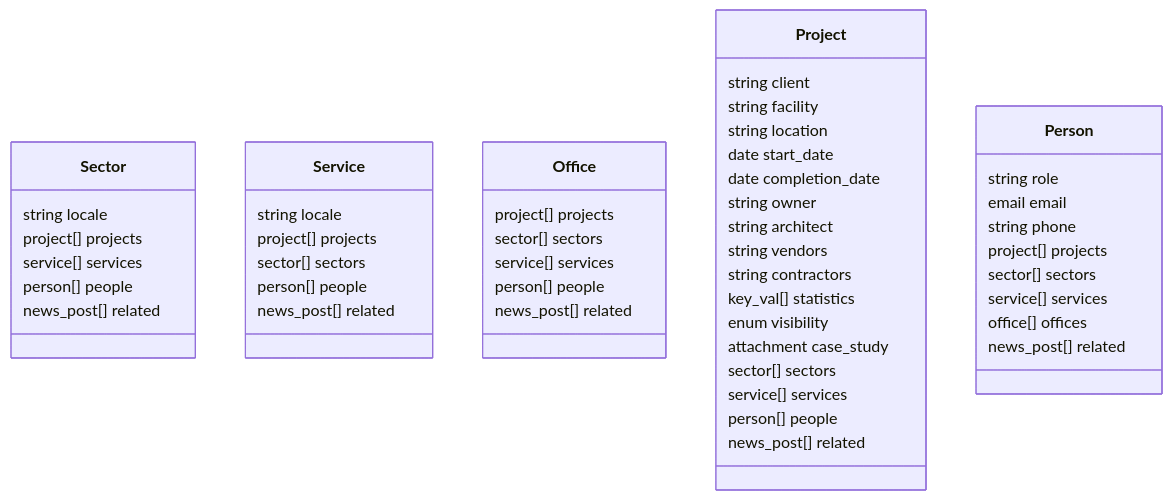
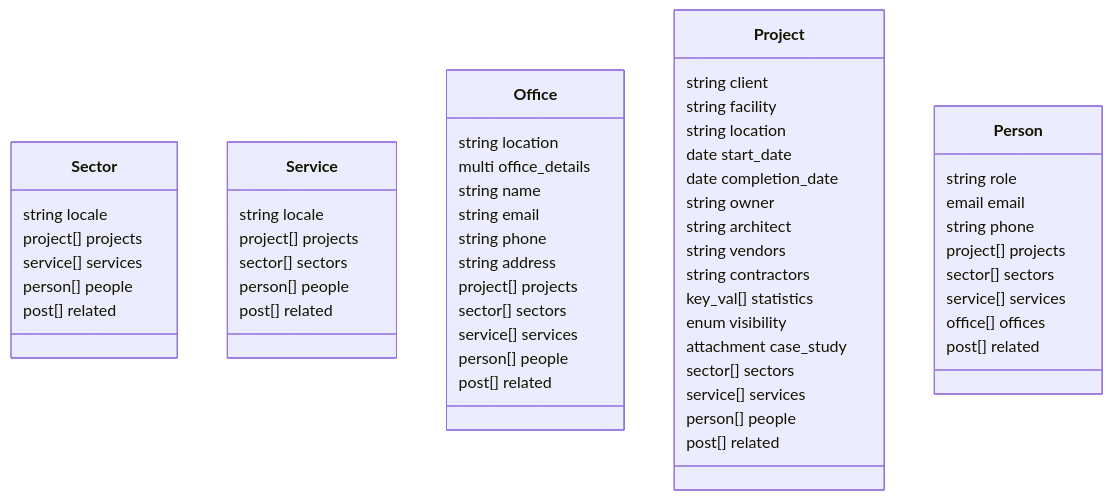
The first of 3 diagrams in documentation/CONTENT.md (autogram-is/cg-web), drawn with Mermaid before and after one commit.

Commit message:
Content model documentation updates

````diff
--- a/documentation/CONTENT.md
+++ b/documentation/CONTENT.md
@@ -5,64 +5,72 @@
 ```mermaid
 classDiagram
     class Sector {
         string locale
         project[] projects
         service[] services
         person[] people
 
-        news_post[] related
+        post[] related
     }
 
     class Service {
         string locale
         project[] projects
         sector[] sectors
         person[] people
 
-        news_post[] related
+        post[] related
     }
 
     class Office {
+        string location
+
+        multi office_details
+        string name
+        string email
+        string phone
+        string address
+
         project[] projects
         sector[] sectors
         service[] services
         person[] people
 
-        news_post[] related
+        post[] related
     }
 
     class Project {
         string client
         string facility
         string location
         date start_date
         date completion_date
         string owner
         string architect
         string vendors
         string contractors
 
         key_val[] statistics
 
         enum visibility
         attachment case_study
 
         sector[] sectors
         service[] services
         person[] people
 
-        news_post[] related
+        post[] related
     }
 
     class Person {
         string role
         email email
         string phone
         project[] projects
         sector[] sectors
         service[] services
         office[] offices
 
-        news_post[] related
+        post[] related
     }
 ```
````
